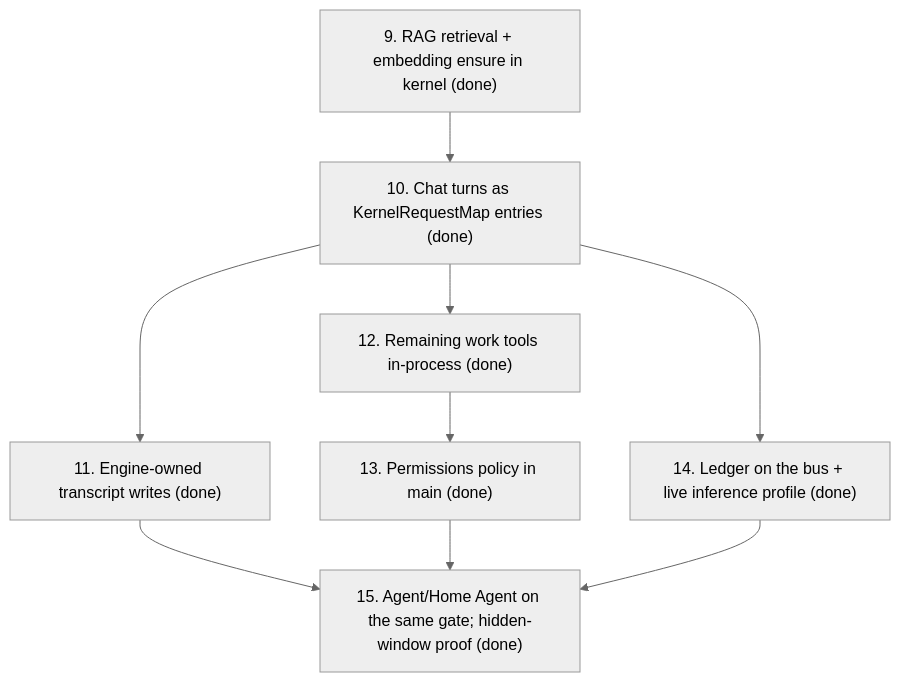
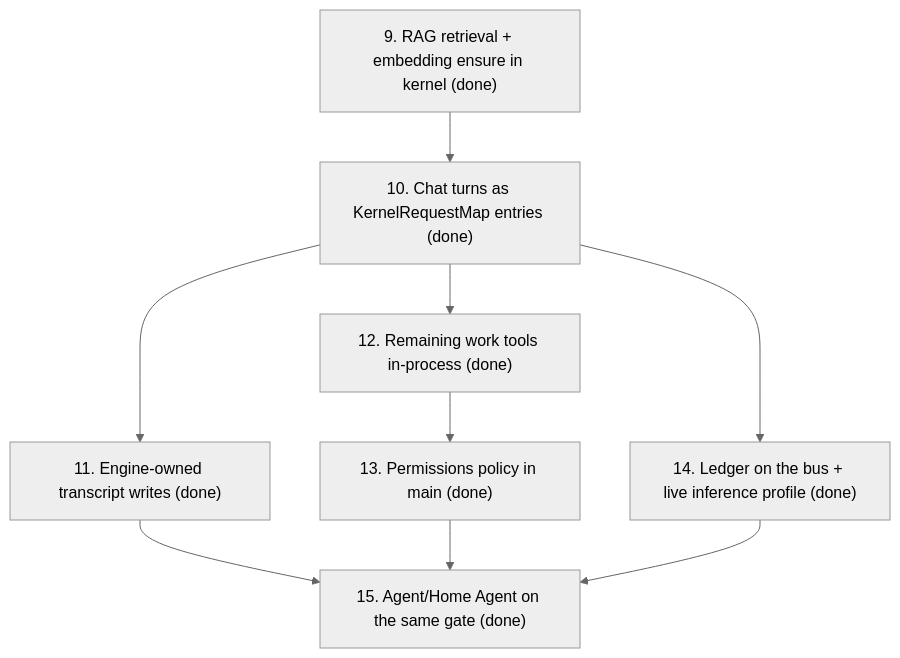
Before and after one commit to TNG/AI-Playground: the seventh of 7 diagrams in docs/architecture-target.md, drawn with Mermaid (neutral theme). The commit also changed other lines of this file and 1 other file, not shown here.

````diff
--- a/docs/architecture-target.md
+++ b/docs/architecture-target.md
@@ -1141,17 +1160,17 @@
 ```mermaid
 flowchart TD
   s9["9. RAG retrieval + embedding ensure in kernel (done)"]
   s10["10. Chat turns as KernelRequestMap entries (done)"]
   s11["11. Engine-owned transcript writes (done)"]
   s12["12. Remaining work tools in-process (done)"]
   s13["13. Permissions policy in main (done)"]
   s14["14. Ledger on the bus + live inference profile (done)"]
-  s15["15. Agent/Home Agent on the same gate; hidden-window proof (done)"]
+  s15["15. Agent/Home Agent on the same gate (done)"]
 
   s9 --> s10 --> s11
   s10 --> s12 --> s13
   s10 --> s14
   s11 --> s15
   s13 --> s15
   s14 --> s15
 ```
````
